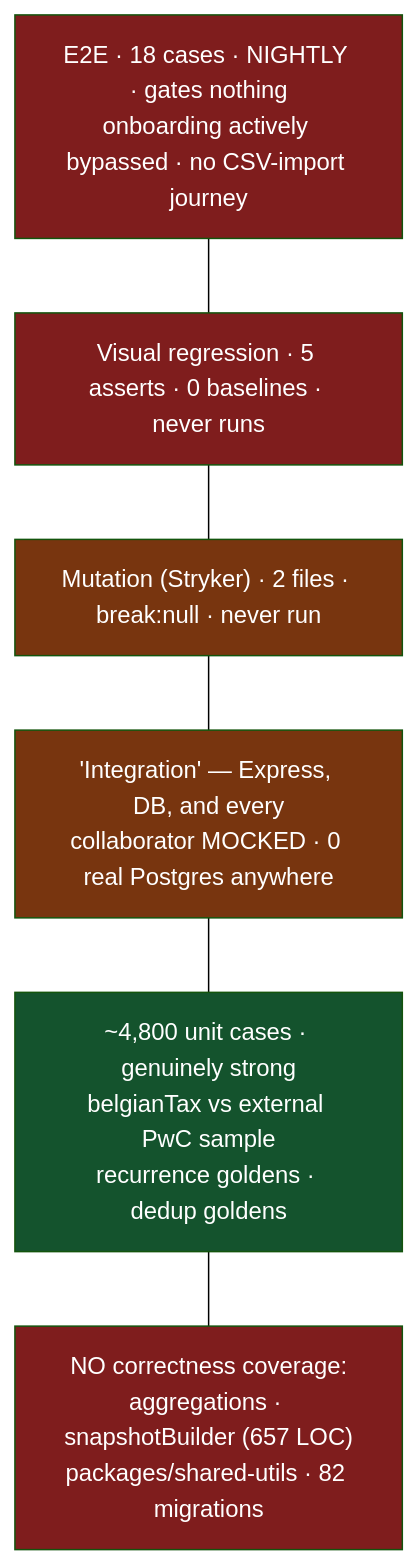
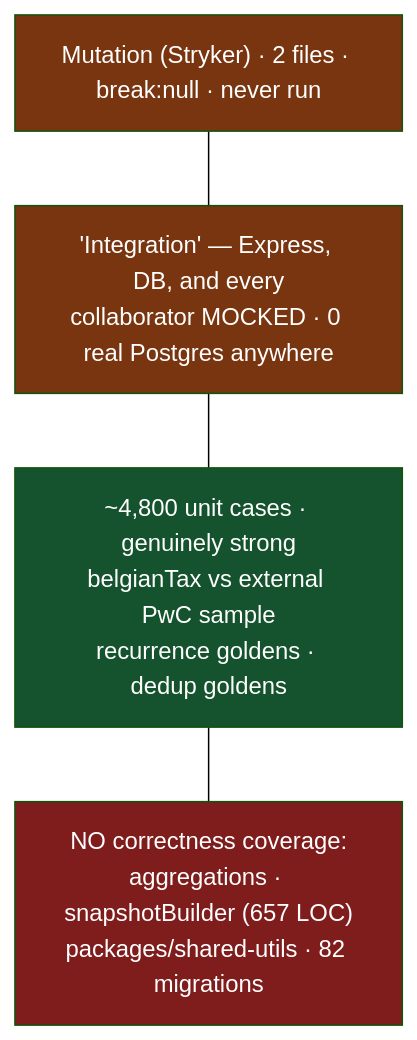
The sixth of 7 diagrams in docs/audits/2026-07-27-codebase-research-audit.md (EraPartner/Vision), drawn with Mermaid (forest theme) before and after one commit. The commit also changed other lines of this file and 56 other files, not shown here.

````diff
--- a/docs/audits/2026-07-27-codebase-research-audit.md
+++ b/docs/audits/2026-07-27-codebase-research-audit.md
@@ -294,18 +290,14 @@
 ```mermaid
 flowchart TB
-    E["E2E · 18 cases · NIGHTLY · gates nothing<br/>onboarding actively bypassed · no CSV-import journey"]
-    VIS["Visual regression · 5 asserts · 0 baselines · never runs"]
     MUT["Mutation (Stryker) · 2 files · break:null · never run"]
     INT["'Integration' — Express, DB, and every<br/>collaborator MOCKED · 0 real Postgres anywhere"]
     UNIT["~4,800 unit cases · genuinely strong<br/>belgianTax vs external PwC sample<br/>recurrence goldens · dedup goldens"]
     GAP["NO correctness coverage:<br/>aggregations · snapshotBuilder (657 LOC)<br/>packages/shared-utils · 82 migrations"]
 
-    E --- VIS --- MUT --- INT --- UNIT --- GAP
+    MUT --- INT --- UNIT --- GAP
 
-    style E fill:#7f1d1d,color:#fff
-    style VIS fill:#7f1d1d,color:#fff
     style MUT fill:#78350f,color:#fff
     style INT fill:#78350f,color:#fff
     style UNIT fill:#14532d,color:#fff
     style GAP fill:#7f1d1d,color:#fff
 ```
````
